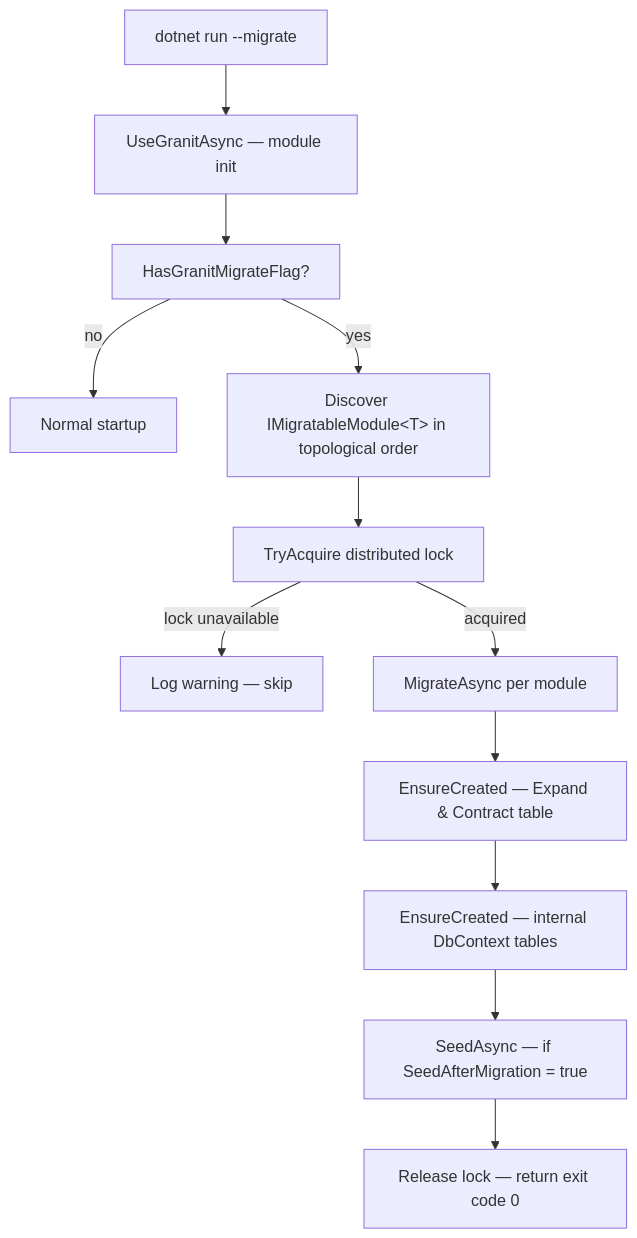
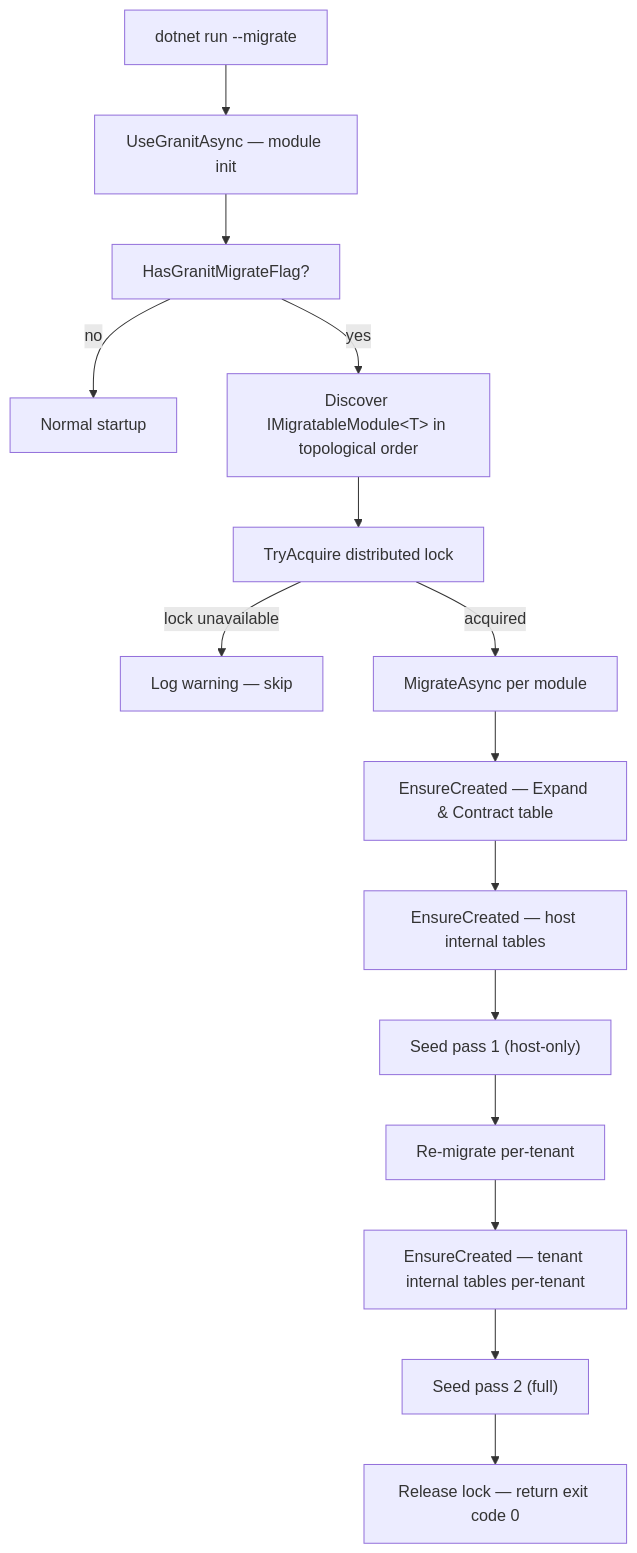
The first of 2 diagrams in docs-site/src/content/docs/dotnet/data/migrations.mdx (granit-fx/granit-dotnet), drawn with Mermaid before and after one commit. The commit also changed other lines of this file and 2 other files, not shown here.

First line of the commit message:
docs: update for Host/Tenant ensurer split and double-seed flow

````diff
--- a/docs-site/src/content/docs/dotnet/data/migrations.mdx
+++ b/docs-site/src/content/docs/dotnet/data/migrations.mdx
@@ -108,14 +108,17 @@
 ```mermaid
 flowchart TD
     A[dotnet run --migrate] --> B[UseGranitAsync — module init]
     B --> C[HasGranitMigrateFlag?]
     C -->|no| D[Normal startup]
     C -->|yes| E[Discover IMigratableModule&lt;T&gt; in topological order]
     E --> F[TryAcquire distributed lock]
     F -->|lock unavailable| G[Log warning — skip]
     F -->|acquired| H[MigrateAsync per module]
     H --> I[EnsureCreated — Expand & Contract table]
-    I --> L[EnsureCreated — internal DbContext tables]
-    L --> J[SeedAsync — if SeedAfterMigration = true]
-    J --> K[Release lock — return exit code 0]
+    I --> L1[EnsureCreated — host internal tables]
+    L1 --> J1["Seed pass 1 (host-only)"]
+    J1 --> M[Re-migrate per-tenant]
+    M --> L2[EnsureCreated — tenant internal tables per-tenant]
+    L2 --> J2["Seed pass 2 (full)"]
+    J2 --> K[Release lock — return exit code 0]
 ```
````
